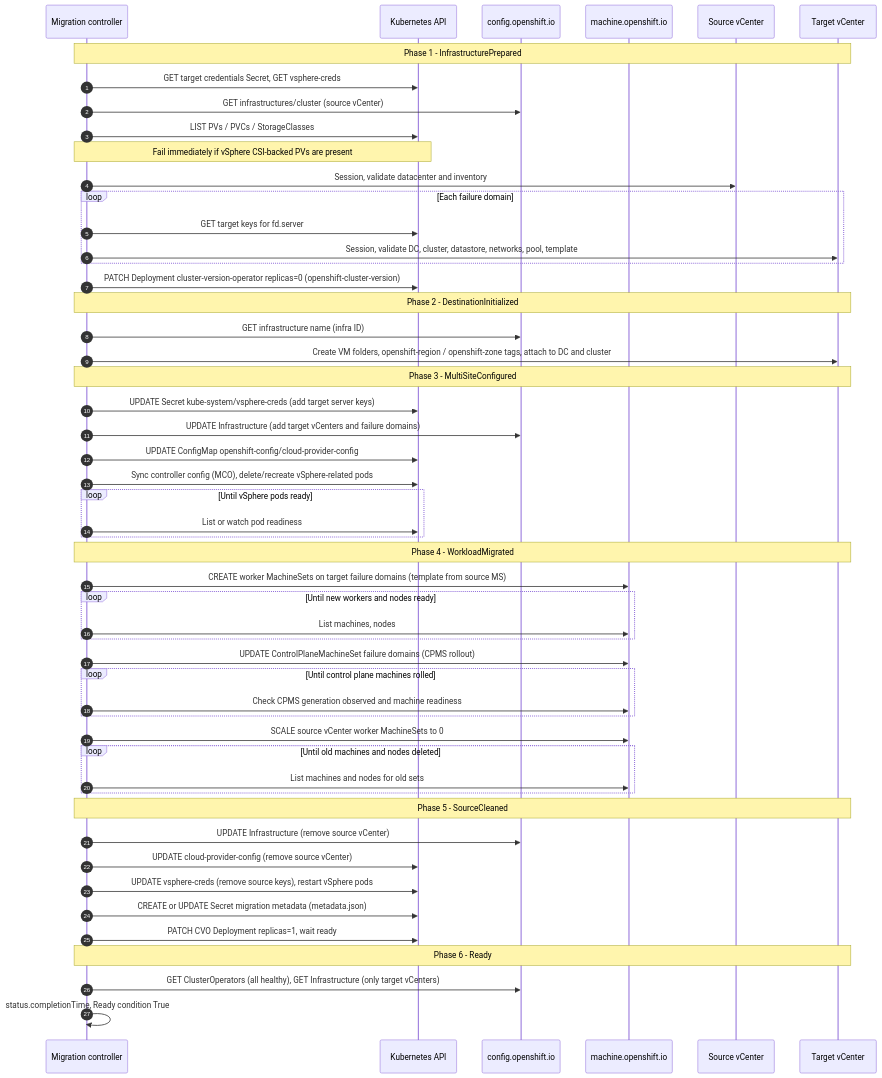
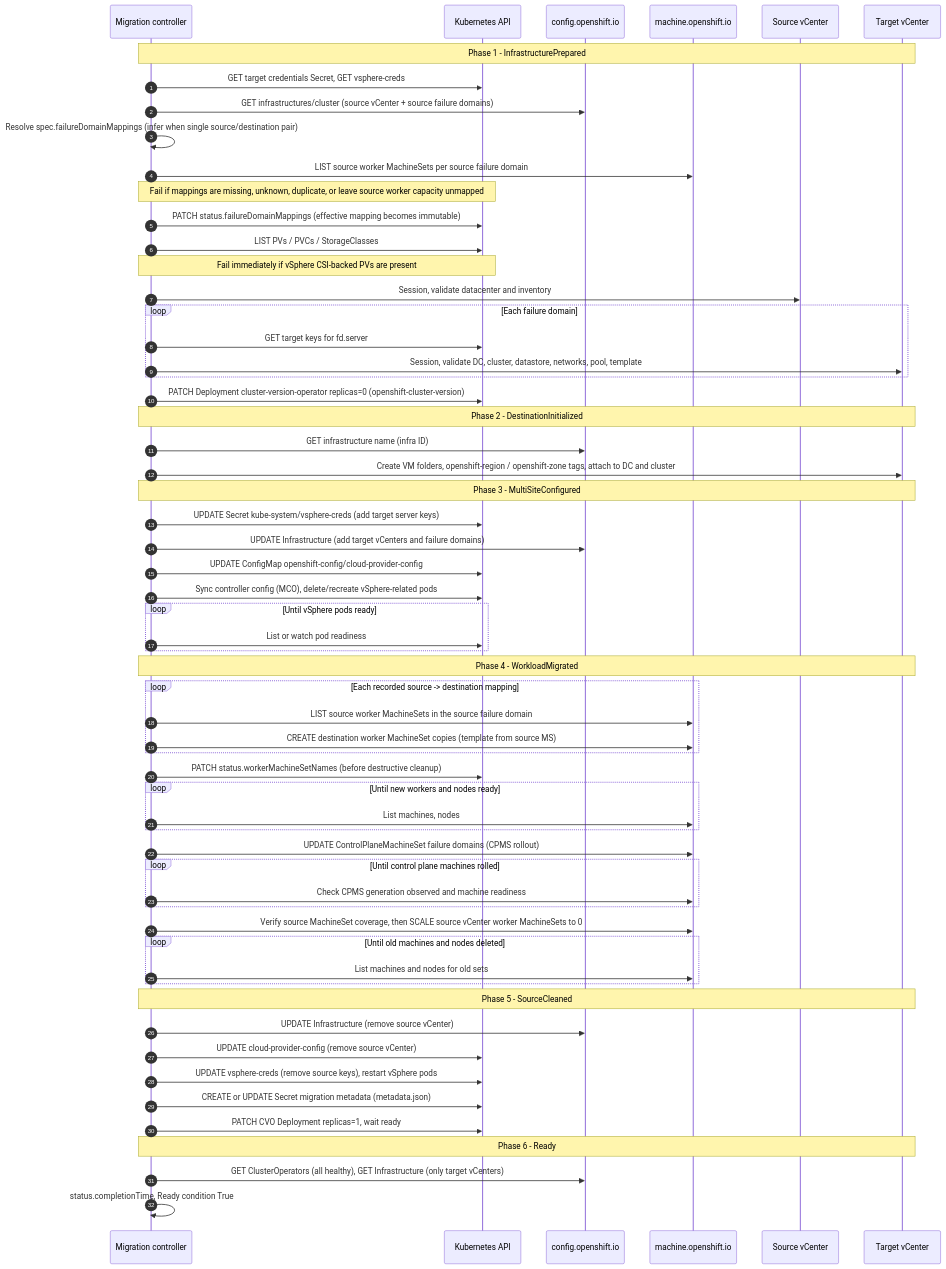
Before and after one commit to openshift/enhancements: the diagram in enhancements/vcf-migration/vcf-migration-operator.md, drawn with Mermaid. The commit also changed other lines of this file, not shown here.

First line of the commit message:
Document failure domain mapping for VCF migration operator

````diff
--- a/enhancements/vcf-migration/vcf-migration-operator.md
+++ b/enhancements/vcf-migration/vcf-migration-operator.md
@@ -101,60 +101,68 @@
 ```mermaid
 sequenceDiagram
     autonumber
     participant C as Migration controller
     participant K as Kubernetes API
     participant CFG as config.openshift.io
     participant M as machine.openshift.io
     participant Vs as Source vCenter
     participant Vt as Target vCenter
 
     Note over C,Vt: Phase 1 - InfrastructurePrepared
     C->>K: GET target credentials Secret, GET vsphere-creds
-    C->>CFG: GET infrastructures/cluster (source vCenter)
+    C->>CFG: GET infrastructures/cluster (source vCenter + source failure domains)
+    C->>C: Resolve spec.failureDomainMappings (infer when single source/destination pair)
+    C->>M: LIST source worker MachineSets per source failure domain
+    Note over C,K: Fail if mappings are missing, unknown, duplicate, or leave source worker capacity unmapped
+    C->>K: PATCH status.failureDomainMappings (effective mapping becomes immutable)
     C->>K: LIST PVs / PVCs / StorageClasses
     Note over C,K: Fail immediately if vSphere CSI-backed PVs are present
     C->>Vs: Session, validate datacenter and inventory
     loop Each failure domain
         C->>K: GET target keys for fd.server
         C->>Vt: Session, validate DC, cluster, datastore, networks, pool, template
     end
     C->>K: PATCH Deployment cluster-version-operator replicas=0 (openshift-cluster-version)
 
     Note over C,Vt: Phase 2 - DestinationInitialized
     C->>CFG: GET infrastructure name (infra ID)
     C->>Vt: Create VM folders, openshift-region / openshift-zone tags, attach to DC and cluster
 
     Note over C,Vt: Phase 3 - MultiSiteConfigured
     C->>K: UPDATE Secret kube-system/vsphere-creds (add target server keys)
     C->>CFG: UPDATE Infrastructure (add target vCenters and failure domains)
     C->>K: UPDATE ConfigMap openshift-config/cloud-provider-config
     C->>K: Sync controller config (MCO), delete/recreate vSphere-related pods
     loop Until vSphere pods ready
         C->>K: List or watch pod readiness
     end
 
     Note over C,Vt: Phase 4 - WorkloadMigrated
-    C->>M: CREATE worker MachineSets on target failure domains (template from source MS)
+    loop Each recorded source -> destination mapping
+        C->>M: LIST source worker MachineSets in the source failure domain
+        C->>M: CREATE destination worker MachineSet copies (template from source MS)
+    end
+    C->>K: PATCH status.workerMachineSetNames (before destructive cleanup)
     loop Until new workers and nodes ready
         C->>M: List machines, nodes
     end
     C->>M: UPDATE ControlPlaneMachineSet failure domains (CPMS rollout)
     loop Until control plane machines rolled
         C->>M: Check CPMS generation observed and machine readiness
     end
-    C->>M: SCALE source vCenter worker MachineSets to 0
+    C->>M: Verify source MachineSet coverage, then SCALE source vCenter worker MachineSets to 0
     loop Until old machines and nodes deleted
         C->>M: List machines and nodes for old sets
     end
 
     Note over C,Vt: Phase 5 - SourceCleaned
     C->>CFG: UPDATE Infrastructure (remove source vCenter)
     C->>K: UPDATE cloud-provider-config (remove source vCenter)
     C->>K: UPDATE vsphere-creds (remove source keys), restart vSphere pods
     C->>K: CREATE or UPDATE Secret migration metadata (metadata.json)
     C->>K: PATCH CVO Deployment replicas=1, wait ready
 
     Note over C,Vt: Phase 6 - Ready
     C->>CFG: GET ClusterOperators (all healthy), GET Infrastructure (only target vCenters)
     C->>C: status.completionTime, Ready condition True
 ```
````
